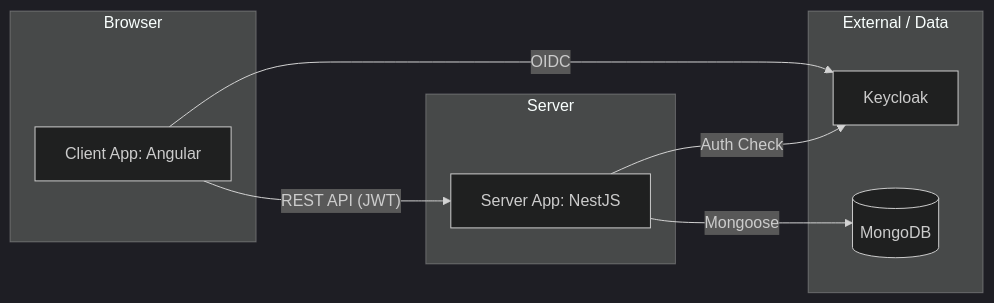
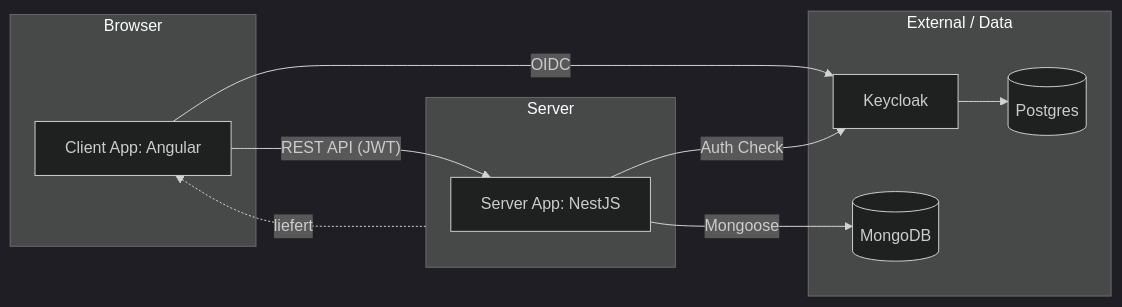
Before and after one commit to lucbu01/weblab_techradar: the second of 6 diagrams in Dokumentation.md, drawn with Mermaid (dark theme). The commit also changed other lines of this file, not shown here.

````diff
--- a/Dokumentation.md
+++ b/Dokumentation.md
@@ -42,18 +47,21 @@
 ```mermaid
 graph LR
     subgraph Browser
         Client[Client App: Angular]
     end
     subgraph Server
         ServerApp[Server App: NestJS]
     end
     subgraph External / Data
         Keycloak[Keycloak]
         MongoDB[(MongoDB)]
+        Postgres[(Postgres)]
     end
     
+    Server -. "liefert" .-> Client
     Client -- "REST API (JWT)" --> ServerApp
     Client -- "OIDC" --> Keycloak
     ServerApp -- "Mongoose" --> MongoDB
     ServerApp -- "Auth Check" --> Keycloak
+    Keycloak --> Postgres
 ```
````
